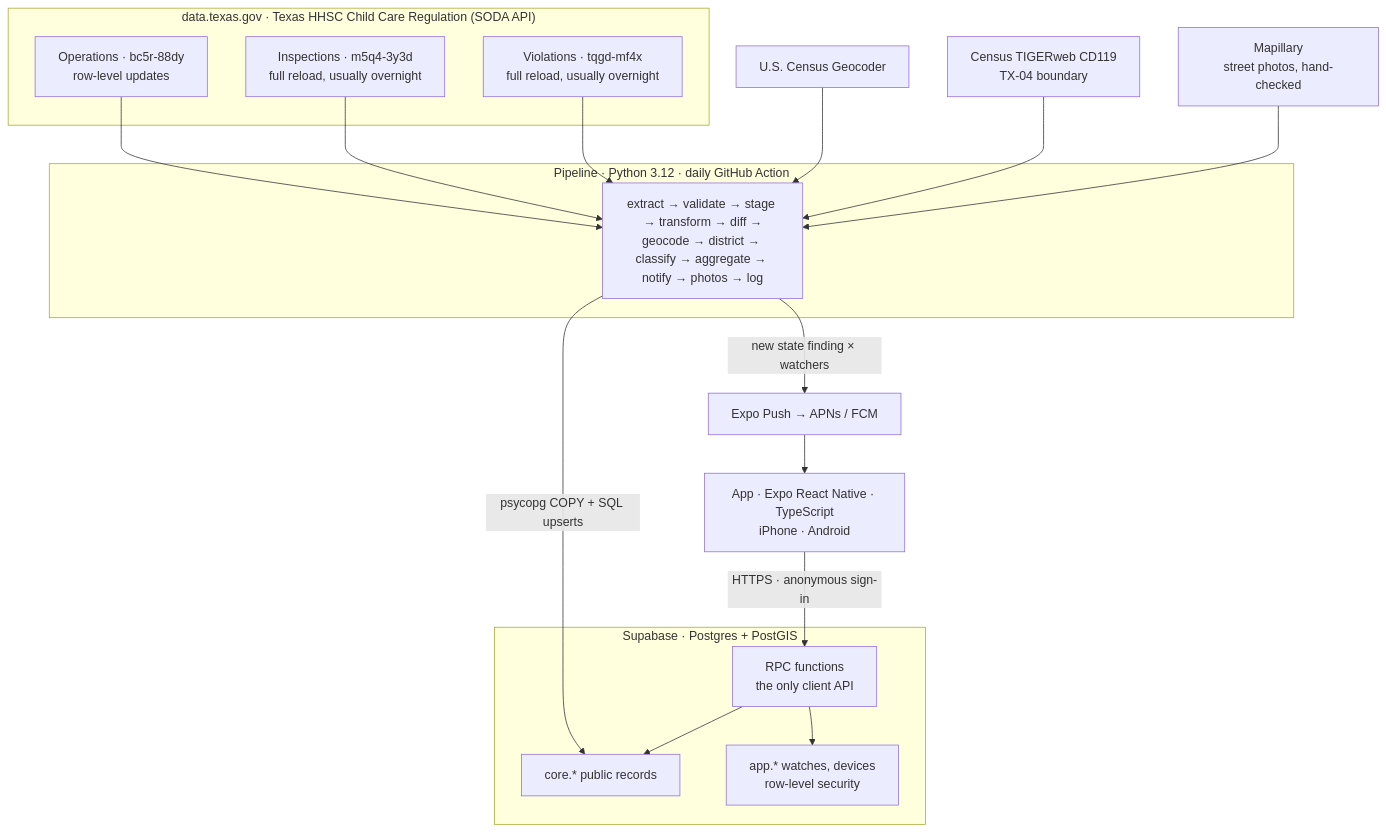
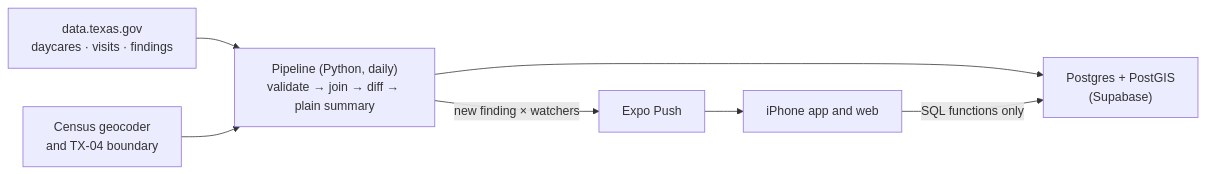
One commit to areebhirani-beep/daycare-watch changed the diagram in README.md. Above: the diagram before and after it, drawn with Mermaid. The commit also changed other lines of this file and 46 other files, not shown here.

````diff
--- a/README.md
+++ b/README.md
@@ -92,33 +49,8 @@
 ```mermaid
-flowchart TB
-  subgraph TX["data.texas.gov · Texas HHSC Child Care Regulation (SODA API)"]
-    OPS["Operations · bc5r-88dy<br/>row-level updates"]
-    ACT["Inspections · m5q4-3y3d<br/>full reload, usually overnight"]
-    VIO["Violations · tqgd-mf4x<br/>full reload, usually overnight"]
-  end
-  CEN["U.S. Census Geocoder"]
-  TIG["Census TIGERweb CD119<br/>TX-04 boundary"]
-  MLY["Mapillary<br/>street photos, hand-checked"]
-
-  subgraph PIPE["Pipeline · Python 3.12 · daily GitHub Action"]
-    P["extract → validate → stage → transform → diff →<br/>geocode → district → classify → aggregate → notify → photos → log"]
-  end
-
-  subgraph DB["Supabase · Postgres + PostGIS"]
-    CORE["core.* public records"]
-    APP["app.* watches, devices<br/>row-level security"]
-    RPC["RPC functions<br/>the only client API"]
-  end
-
-  PUSH["Expo Push → APNs / FCM"]
-  MOB["App · Expo React Native · TypeScript<br/>iPhone · Android"]
-
-  OPS & ACT & VIO --> P
-  CEN & TIG & MLY --> P
-  P -- "psycopg COPY + SQL upserts" --> CORE
-  P -- "new state finding × watchers" --> PUSH
-  PUSH --> MOB
-  MOB -- "HTTPS · anonymous sign-in" --> RPC
-  RPC --> CORE
-  RPC --> APP
+flowchart LR
+  TX["data.texas.gov<br/>daycares · visits · findings"] --> P["Pipeline (Python, daily)<br/>validate → join → diff → plain summary"]
+  CEN["Census geocoder<br/>and TX-04 boundary"] --> P
+  P --> DB["Postgres + PostGIS<br/>(Supabase)"]
+  P -- "new finding × watchers" --> PUSH["Expo Push"] --> APP["iPhone app and web"]
+  APP -- "SQL functions only" --> DB
 ```
````
